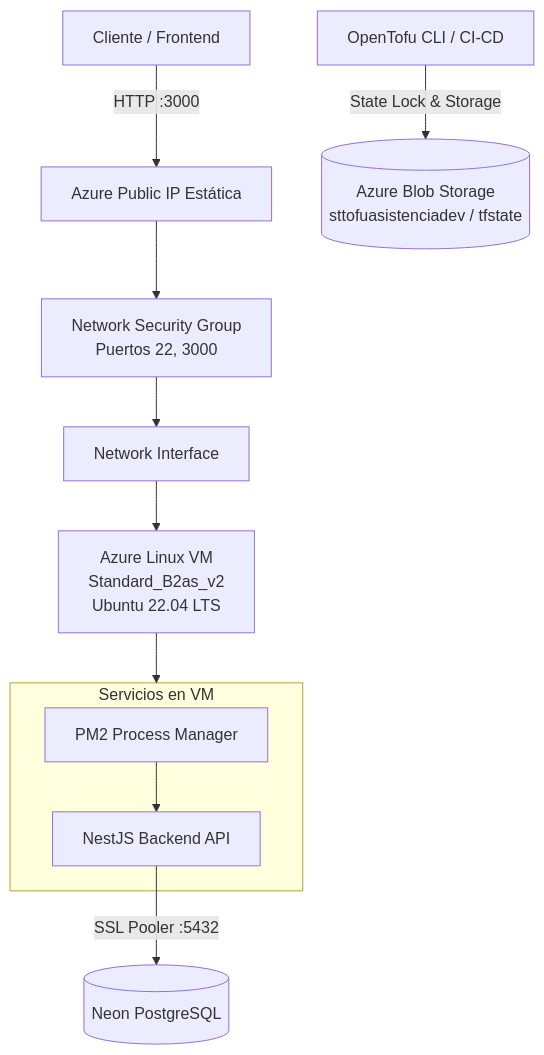
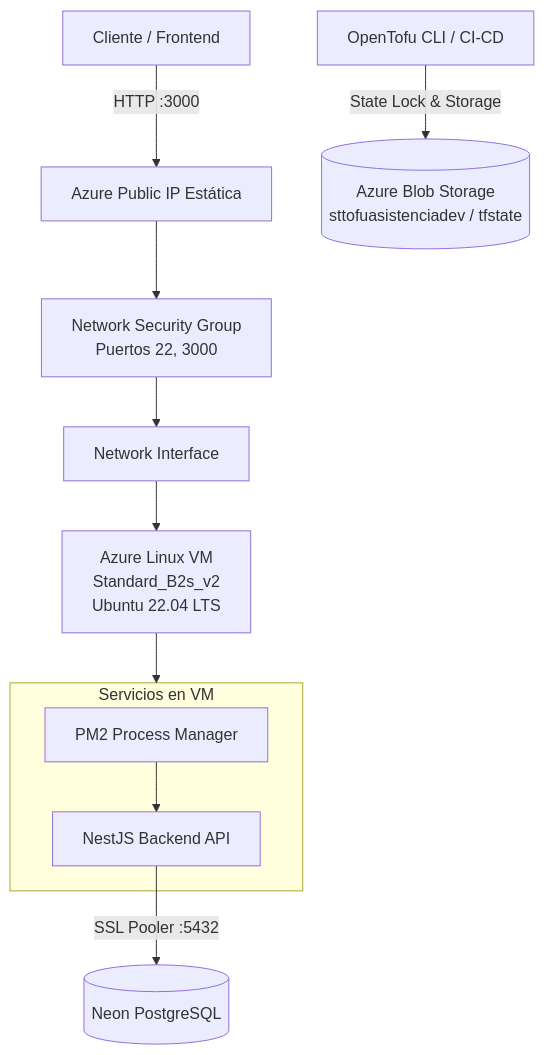
Before and after one commit to modulo2-IaC/azure-OpenTofu-backend: the diagram in README.md, drawn with Mermaid. The commit also changed other lines of this file and 3 other files, not shown here.

````diff
--- a/README.md
+++ b/README.md
@@ -9,15 +9,15 @@
 ```mermaid
 graph TD
     Client[Cliente / Frontend] -->|HTTP :3000| PIP[Azure Public IP Estática]
     PIP --> NSG[Network Security Group<br/>Puertos 22, 3000]
     NSG --> NIC[Network Interface]
-    NIC --> VM[Azure Linux VM<br/>Standard_B2as_v2<br/>Ubuntu 22.04 LTS]
+    NIC --> VM[Azure Linux VM<br/>Standard_B2s_v2<br/>Ubuntu 22.04 LTS]
     subgraph VM_Internal [Servicios en VM]
         PM2[PM2 Process Manager]
         App[NestJS Backend API]
         PM2 --> App
     end
     VM --> VM_Internal
     App -->|SSL Pooler :5432| Neon[(Neon PostgreSQL)]
     Tofu[OpenTofu CLI / CI-CD] -->|State Lock & Storage| AzureBlob[(Azure Blob Storage<br/>sttofuasistenciadev / tfstate)]
 ```
````
